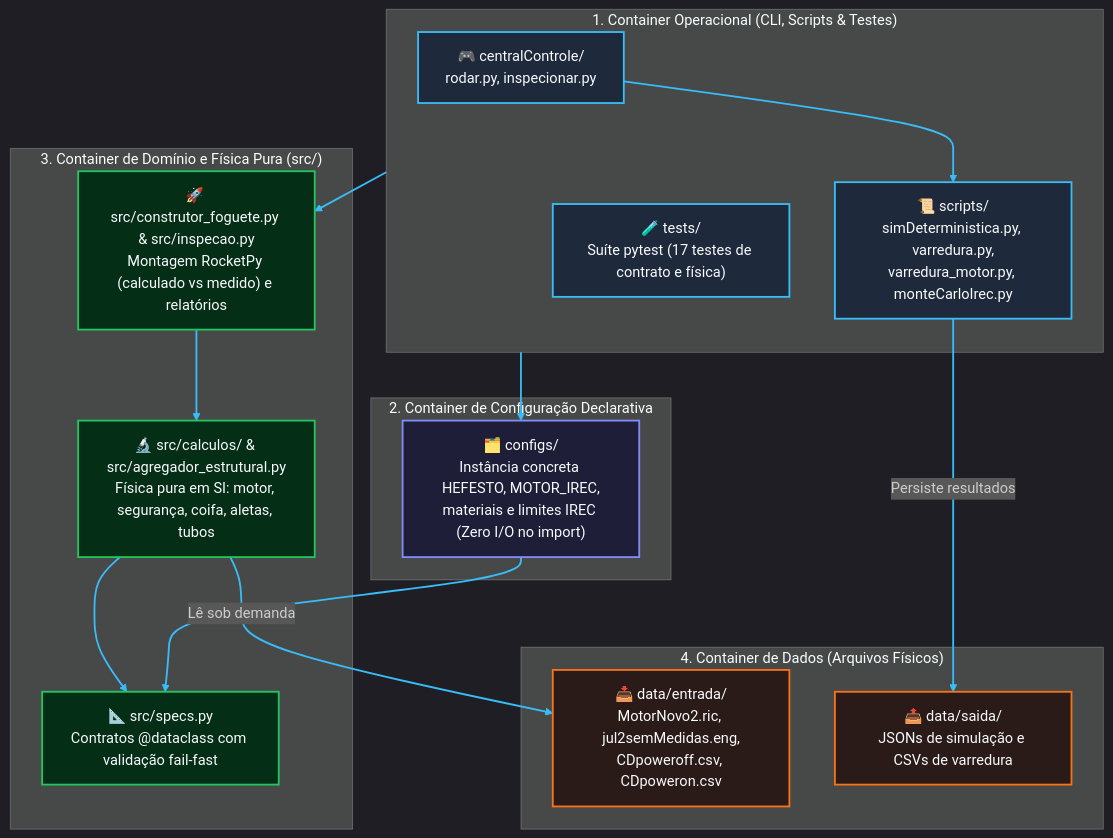
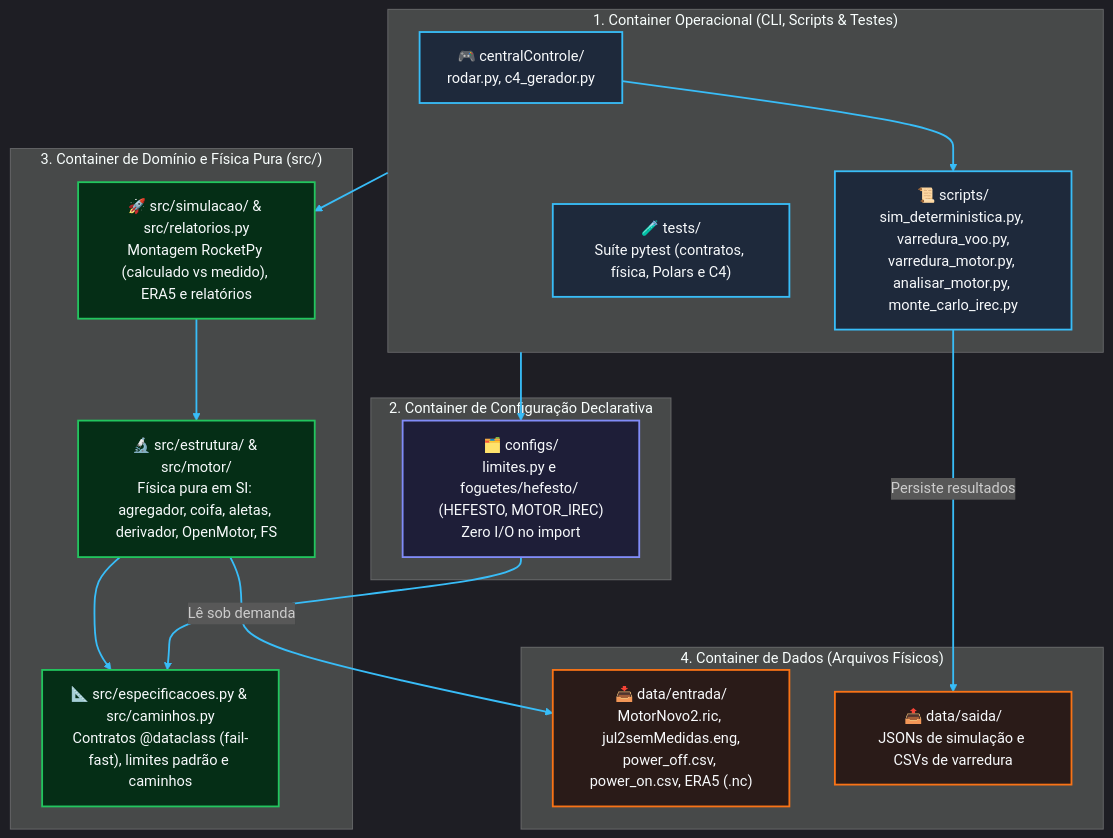
One commit to Supernova-Sim/Simulator-GUI-Python changed the diagram in docs/arquitetura/c2-containers.md. Above: the diagram before and after it, drawn with Mermaid. The commit also changed other lines of this file and 130 other files, not shown here.

````diff
--- a/docs/arquitetura/c2-containers.md
+++ b/docs/arquitetura/c2-containers.md
@@ -12,42 +12,42 @@
 ```mermaid
 %%{init: {'theme': 'dark', 'themeVariables': { 'lineColor': '#38bdf8' }}}%%
 flowchart TD
     classDef op fill:#1e293b,stroke:#38bdf8,stroke-width:2px,color:#f8fafc;
     classDef cfg fill:#1e1e38,stroke:#818cf8,stroke-width:2px,color:#f8fafc;
     classDef core fill:#052e16,stroke:#22c55e,stroke-width:2px,color:#f8fafc;
     classDef data fill:#2a1b18,stroke:#f97316,stroke-width:2px,color:#f8fafc;
 
     subgraph CAMADA_OP["1. Container Operacional (CLI, Scripts & Testes)"]
-        CC["🎮 centralControle/\nrodar.py, inspecionar.py"]:::op
-        SC["📜 scripts/\nsimDeterministica.py, varredura.py,\nvarredura_motor.py, monteCarloIrec.py"]:::op
-        TS["🧪 tests/\nSuíte pytest (17 testes de contrato e física)"]:::op
+        CC["🎮 centralControle/\nrodar.py, c4_gerador.py"]:::op
+        SC["📜 scripts/\nsim_deterministica.py, varredura_voo.py,\nvarredura_motor.py, analisar_motor.py, monte_carlo_irec.py"]:::op
+        TS["🧪 tests/\nSuíte pytest (contratos, física, Polars e C4)"]:::op
         CC --> SC
     end
 
     subgraph CAMADA_CFG["2. Container de Configuração Declarativa"]
-        CFG["🗂️ configs/\nInstância concreta HEFESTO, MOTOR_IREC,\nmateriais e limites IREC (Zero I/O no import)"]:::cfg
+        CFG["🗂️ configs/\nlimites.py e foguetes/hefesto/ (HEFESTO, MOTOR_IREC)\nZero I/O no import"]:::cfg
     end
 
     subgraph CAMADA_SRC["3. Container de Domínio e Física Pura (src/)"]
-        SPECS["📐 src/specs.py\nContratos @dataclass com validação fail-fast"]:::core
-        MODS["🚀 src/construtor_foguete.py & src/inspecao.py\nMontagem RocketPy (calculado vs medido) e relatórios"]:::core
-        CALC["🔬 src/calculos/ & src/agregador_estrutural.py\nFísica pura em SI: motor, segurança, coifa, aletas, tubos"]:::core
+        SPECS["📐 src/especificacoes.py & src/caminhos.py\nContratos @dataclass (fail-fast), limites padrão e caminhos"]:::core
+        SIM["🚀 src/simulacao/ & src/relatorios.py\nMontagem RocketPy (calculado vs medido), ERA5 e relatórios"]:::core
+        DOM["🔬 src/estrutura/ & src/motor/\nFísica pura em SI: agregador, coifa, aletas, derivador, OpenMotor, FS"]:::core
 
-        MODS --> CALC --> SPECS
+        SIM --> DOM --> SPECS
     end
 
     subgraph CAMADA_DATA["4. Container de Dados (Arquivos Físicos)"]
-        IN["📥 data/entrada/\nMotorNovo2.ric, jul2semMedidas.eng,\nCDpoweroff.csv, CDpoweron.csv"]:::data
+        IN["📥 data/entrada/\nMotorNovo2.ric, jul2semMedidas.eng,\npower_off.csv, power_on.csv, ERA5 (.nc)"]:::data
         OUT["📤 data/saida/\nJSONs de simulação e CSVs de varredura"]:::data
     end
 
-    CAMADA_OP --> CFG & MODS
+    CAMADA_OP --> CFG & SIM
     CFG --> SPECS
-    CALC -->|"Lê sob demanda"| IN
+    DOM -->|"Lê sob demanda"| IN
     SC -->|"Persiste resultados"| OUT
     click CC href "_gerados_c4/centralControle__rodar.c4.md" "Abrir C4 de rodar.py"
-    click SPECS href "_gerados_c4/src__specs.c4.md" "Abrir C4 de specs.py"
-    click MODS href "_gerados_c4/src__modelos.c4.md" "Abrir C4 de modelos.py"
-    click CALC href "c3-subsistema-motor.md" "Abrir Nível 3: Subsistema de Motor"
+    click SPECS href "_gerados_c4/src__especificacoes.c4.md" "Abrir C4 de especificacoes.py"
+    click SIM href "_gerados_c4/src__simulacao__construtor_foguete.c4.md" "Abrir C4 de construtor_foguete.py"
+    click DOM href "c3-subsistema-motor.md" "Abrir Nível 3: Subsistema de Motor"
     linkStyle default stroke:#38bdf8,stroke-width:2px;
 ```
````
